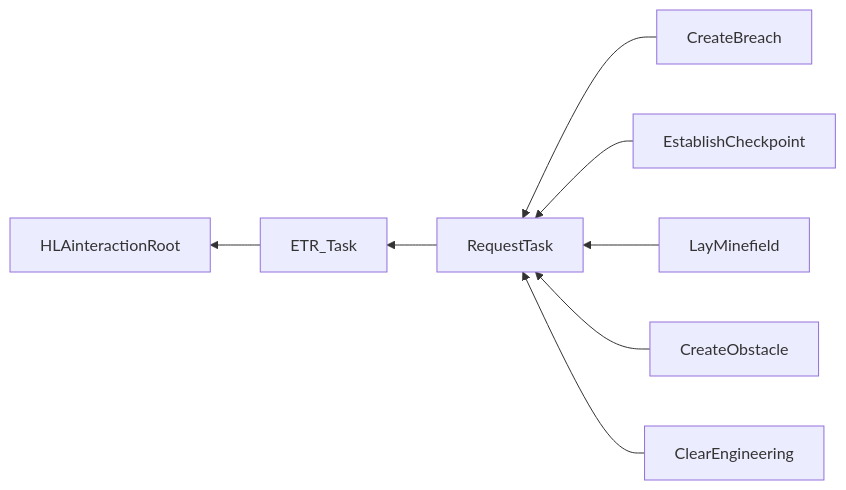
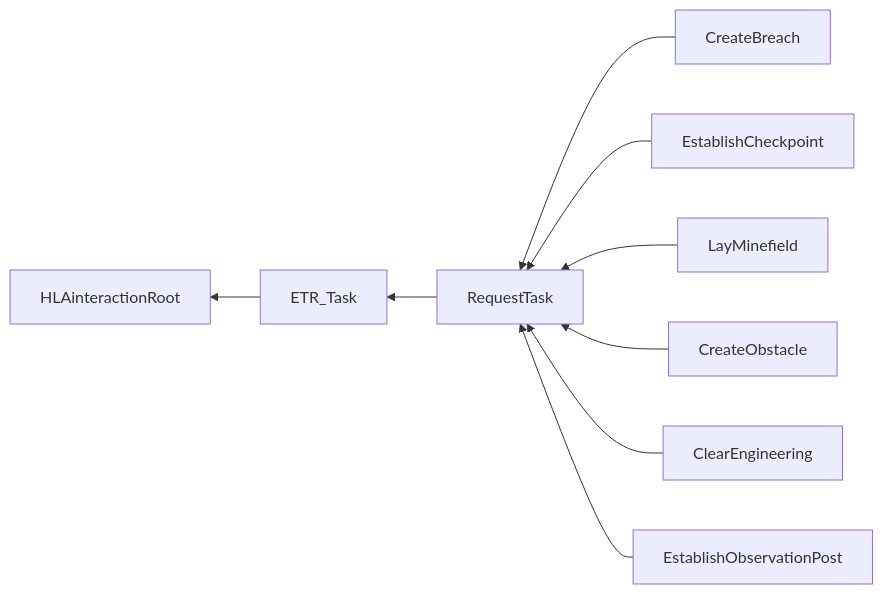
The second of 2 diagrams in NETN-SE.md (AMSP-04/NETN-SE), drawn with Mermaid before and after one commit. The commit also changed other lines of this file and 1 other file, not shown here.

Commit message:
NEW: Added ObservationPost and related interactions.

````diff
--- a/NETN-SE.md
+++ b/NETN-SE.md
@@ -76,10 +76,11 @@
 ```mermaid
 graph RL
 ETR_Task-->HLAinteractionRoot
 RequestTask-->ETR_Task
 CreateBreach-->RequestTask
 EstablishCheckpoint-->RequestTask
 LayMinefield-->RequestTask
 CreateObstacle-->RequestTask
 ClearEngineering-->RequestTask
+EstablishObservationPost-->RequestTask
 ```
````
